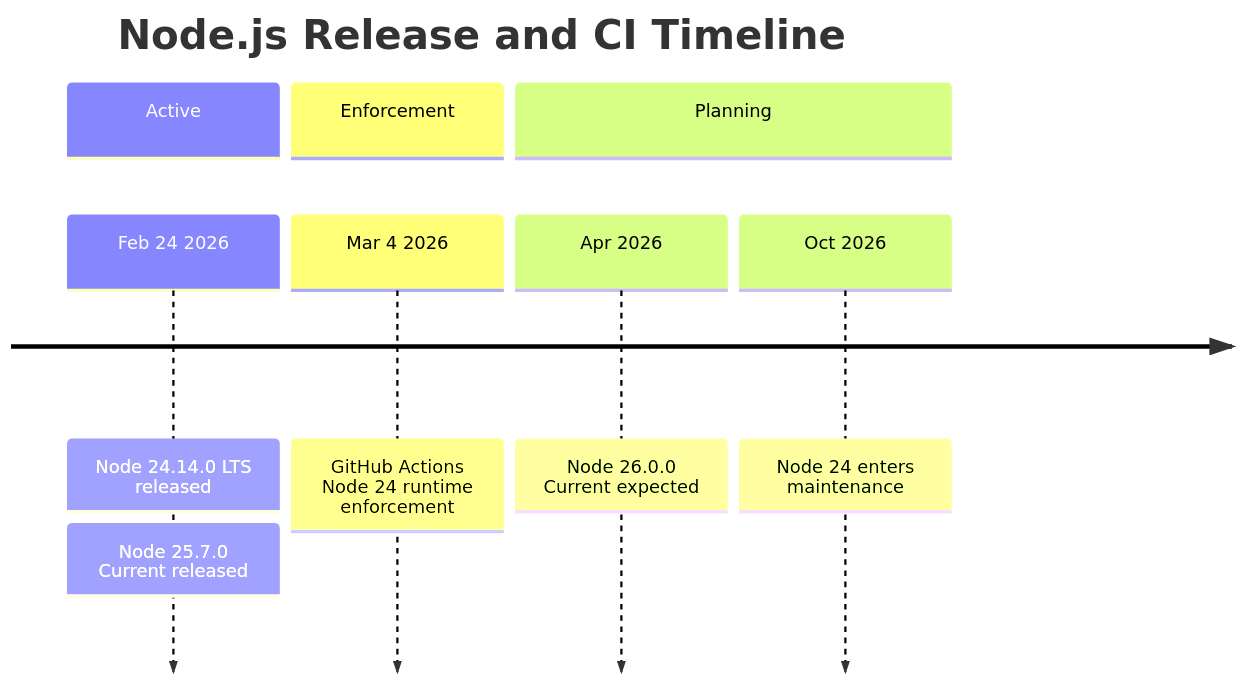
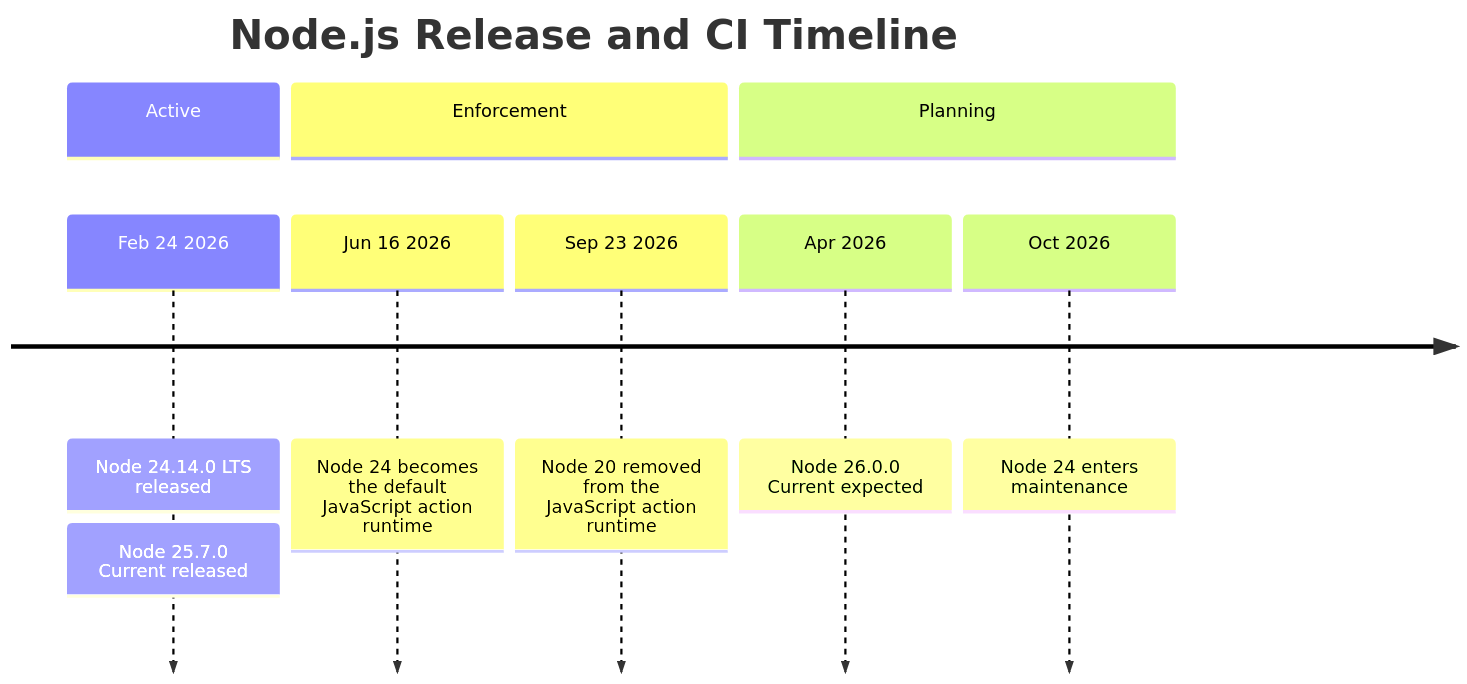
The second of 2 diagrams in blog/2026-02-25-node-24-14-25-7-upgrade-risk-matrix.md (victorstack-ai/agent-blog), drawn with Mermaid before and after one commit. The commit also changed other lines of this file and 30 other files, not shown here.

````diff
--- a/blog/2026-02-25-node-24-14-25-7-upgrade-risk-matrix.md
+++ b/blog/2026-02-25-node-24-14-25-7-upgrade-risk-matrix.md
@@ -123,12 +129,13 @@
 ```mermaid
 timeline
     title Node.js Release and CI Timeline
     section Active
         Feb 24 2026 : Node 24.14.0 LTS released
                     : Node 25.7.0 Current released
     section Enforcement
-        Mar 4 2026 : GitHub Actions Node 24 runtime enforcement
+        Jun 16 2026 : Node 24 becomes the default JavaScript action runtime
+        Sep 23 2026 : Node 20 removed from the JavaScript action runtime
     section Planning
         Apr 2026 : Node 26.0.0 Current expected
         Oct 2026 : Node 24 enters maintenance
 ```
````
